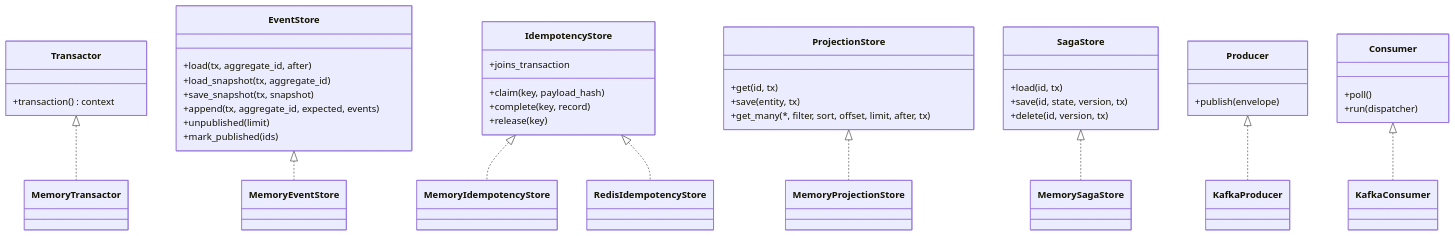
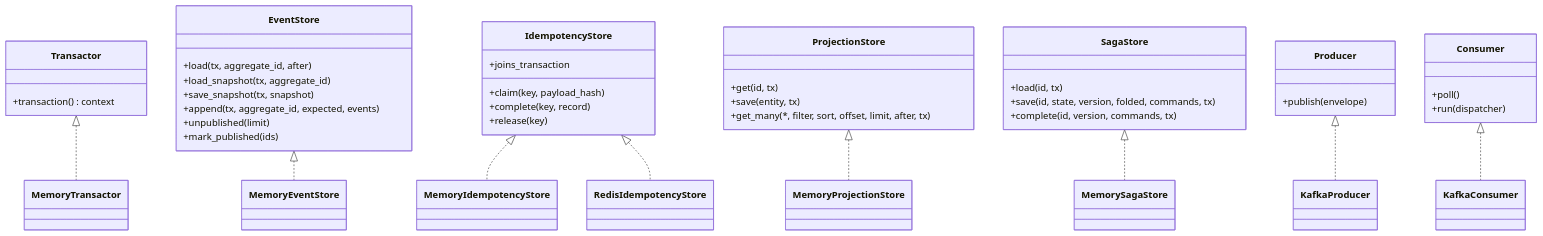
One commit to haskian/edax changed the second of 2 diagrams in docs/sdk/README.md. Above: the diagram before and after it, drawn with Mermaid. The commit also changed 44 other files, not shown here.

````diff
--- a/docs/sdk/README.md
+++ b/docs/sdk/README.md
@@ -51,45 +51,45 @@
 ```mermaid
 classDiagram
     class Transactor {
         +transaction() context
     }
     class EventStore {
         +load(tx, aggregate_id, after)
         +load_snapshot(tx, aggregate_id)
         +save_snapshot(tx, snapshot)
         +append(tx, aggregate_id, expected, events)
         +unpublished(limit)
         +mark_published(ids)
     }
     class IdempotencyStore {
         +claim(key, payload_hash)
         +complete(key, record)
         +release(key)
         +joins_transaction
     }
     class ProjectionStore {
         +get(id, tx)
         +save(entity, tx)
         +get_many(*, filter, sort, offset, limit, after, tx)
     }
     class SagaStore {
         +load(id, tx)
-        +save(id, state, version, tx)
-        +delete(id, version, tx)
+        +save(id, state, version, folded, commands, tx)
+        +complete(id, version, commands, tx)
     }
     class Producer {
         +publish(envelope)
     }
     class Consumer {
         +poll()
         +run(dispatcher)
     }
     Transactor <|.. MemoryTransactor
     EventStore <|.. MemoryEventStore
     IdempotencyStore <|.. MemoryIdempotencyStore
     IdempotencyStore <|.. RedisIdempotencyStore
     ProjectionStore <|.. MemoryProjectionStore
     SagaStore <|.. MemorySagaStore
     Producer <|.. KafkaProducer
     Consumer <|.. KafkaConsumer
 ```
````
